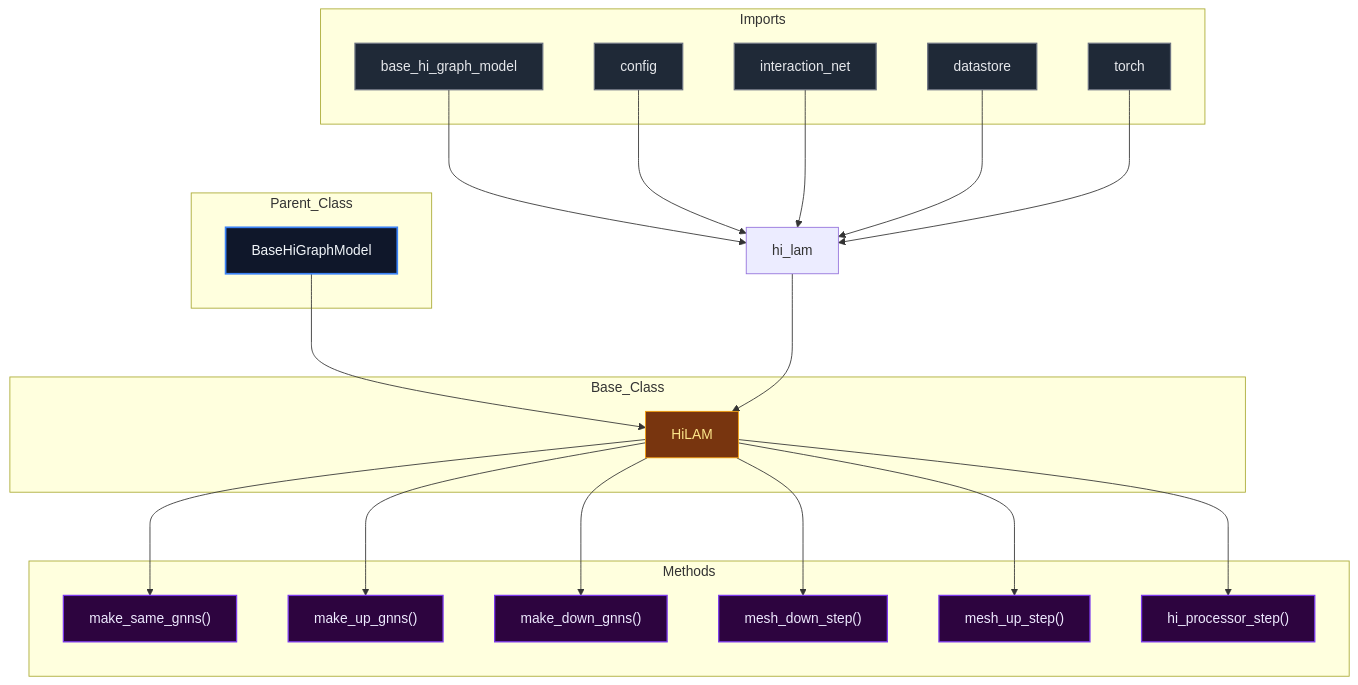
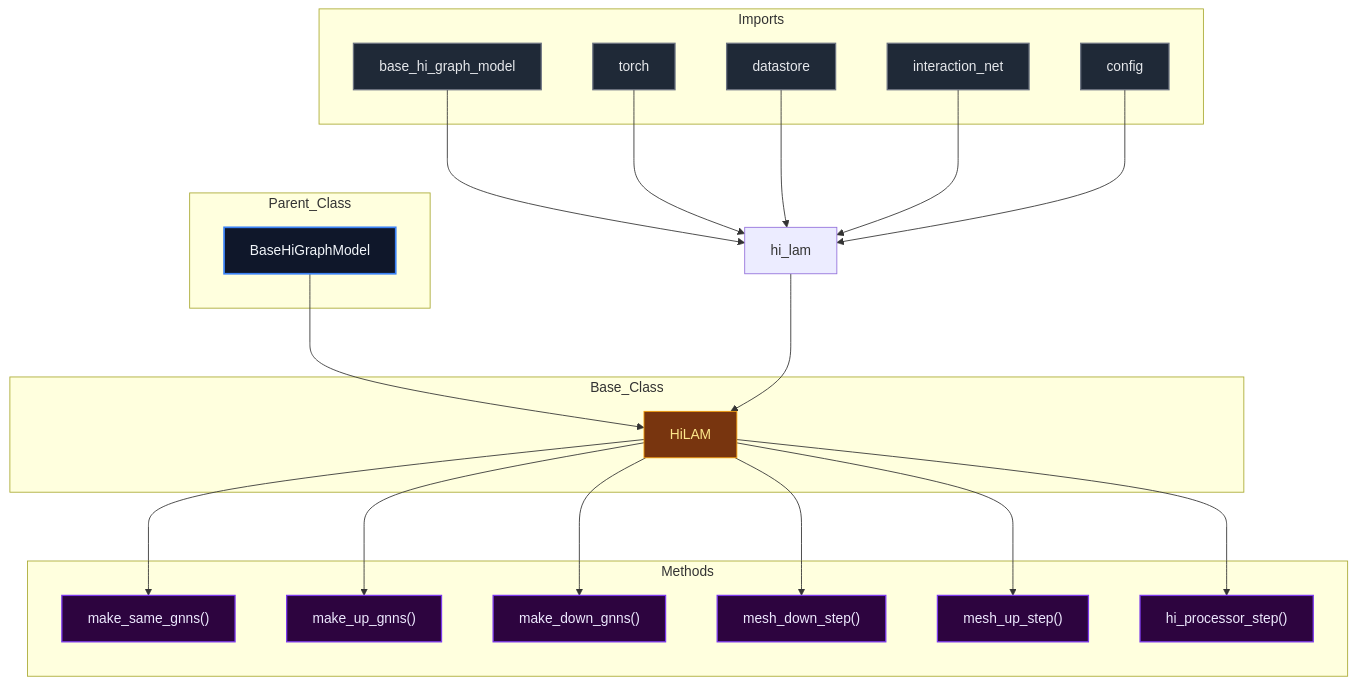
Before and after one commit to mllam/neural-lam: the diagram in docs/diagrams/hi_lam_diagram.md, drawn with Mermaid. The commit also changed 18 other files, not shown here.

Commit message:
Auto-update Mermaid diagrams

````diff
--- a/docs/diagrams/hi_lam_diagram.md
+++ b/docs/diagrams/hi_lam_diagram.md
@@ -1,58 +1,58 @@
 ```mermaid
 %%{init: {'flowchart': {'nodeSpacing': 60, 'rankSpacing': 80}}}%%
 flowchart TD
 
 module["hi_lam"]
 
 subgraph Parent_Class
     BaseHiGraphModel["BaseHiGraphModel"]
 end
 
 subgraph Base_Class
     HiLAM["HiLAM"]
 end
 
     BaseHiGraphModel --> HiLAM
 
 subgraph Imports
     base_hi_graph_model["base_hi_graph_model"]
+    torch["torch"]
+    datastore["datastore"]
+    interaction_net["interaction_net"]
     config["config"]
-    interaction_net["interaction_net"]
-    datastore["datastore"]
-    torch["torch"]
 end
 
     base_hi_graph_model --> module
+    torch --> module
+    datastore --> module
+    interaction_net --> module
     config --> module
-    interaction_net --> module
-    datastore --> module
-    torch --> module
     module --> HiLAM
 
 subgraph Methods
     HiLAM_make_same_gnns["make_same_gnns()"]
     HiLAM_make_up_gnns["make_up_gnns()"]
     HiLAM_make_down_gnns["make_down_gnns()"]
     HiLAM_mesh_down_step["mesh_down_step()"]
     HiLAM_mesh_up_step["mesh_up_step()"]
     HiLAM_hi_processor_step["hi_processor_step()"]
 end
 
     HiLAM --> HiLAM_make_same_gnns
     HiLAM --> HiLAM_make_up_gnns
     HiLAM --> HiLAM_make_down_gnns
     HiLAM --> HiLAM_mesh_down_step
     HiLAM --> HiLAM_mesh_up_step
     HiLAM --> HiLAM_hi_processor_step
 
 classDef parent fill:#0f172a,stroke:#3b82f6,stroke-width:2px,color:#f1f5f9,font-size:16px
 classDef base fill:#78350f,stroke:#f59e0b,stroke-width:1px,color:#fde68a,font-size:16px
 classDef import fill:#1f2937,stroke:#6b7280,stroke-width:1.5px,color:#e5e7eb,font-size:16px
 classDef method fill:#2d043f,stroke:#7c3aed,stroke-width:1.5px,color:#ede9fe,font-size:16px
 classDef callNode fill:#064e3b,stroke:#10b981,stroke-width:1.5px,color:#d1fae5,font-size:16px
 class BaseHiGraphModel parent
 class HiLAM base
-class base_hi_graph_model,config,interaction_net,datastore,torch import
+class base_hi_graph_model,torch,datastore,interaction_net,config import
 class HiLAM_make_same_gnns,HiLAM_make_up_gnns,HiLAM_make_down_gnns,HiLAM_mesh_down_step,HiLAM_mesh_up_step,HiLAM_hi_processor_step method
 
 ```
````
